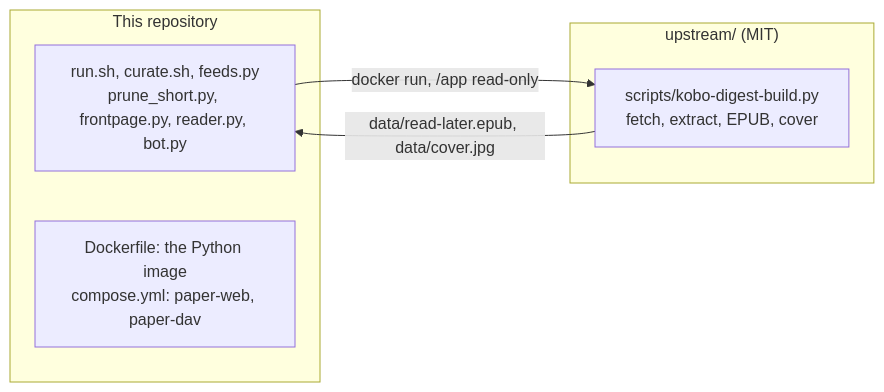
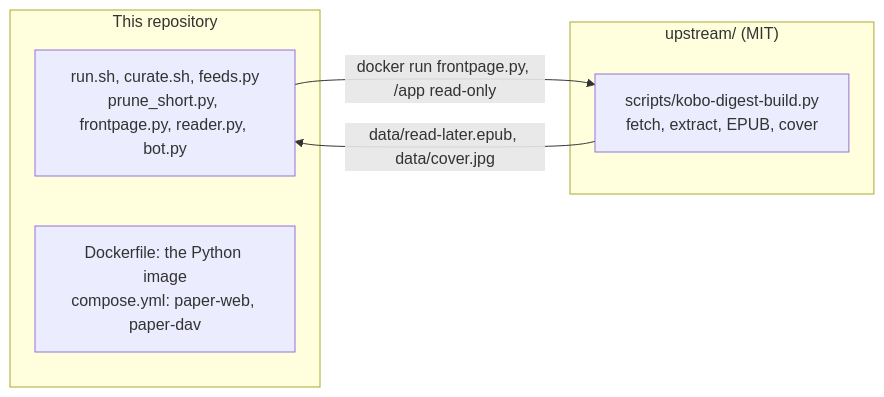
The second of 2 diagrams in README.md (haziqhilmismail/morning-paper), drawn with Mermaid before and after one commit. The commit also changed other lines of this file and 6 other files, not shown here.

````diff
--- a/README.md
+++ b/README.md
@@ -61,12 +59,12 @@
 ```mermaid
 flowchart LR
 	subgraph here["This repository"]
 		scripts["run.sh, curate.sh, feeds.py<br/>prune_short.py, frontpage.py, reader.py, bot.py"]
 		docker["Dockerfile: the Python image<br/>compose.yml: paper-web, paper-dav"]
 	end
 	subgraph up["upstream/ (MIT)"]
 		builder["scripts/kobo-digest-build.py<br/>fetch, extract, EPUB, cover"]
 	end
-	scripts -- "docker run, /app read-only" --> builder
+	scripts -- "docker run frontpage.py, /app read-only" --> builder
 	builder -- "data/read-later.epub, data/cover.jpg" --> scripts
 ```
````
